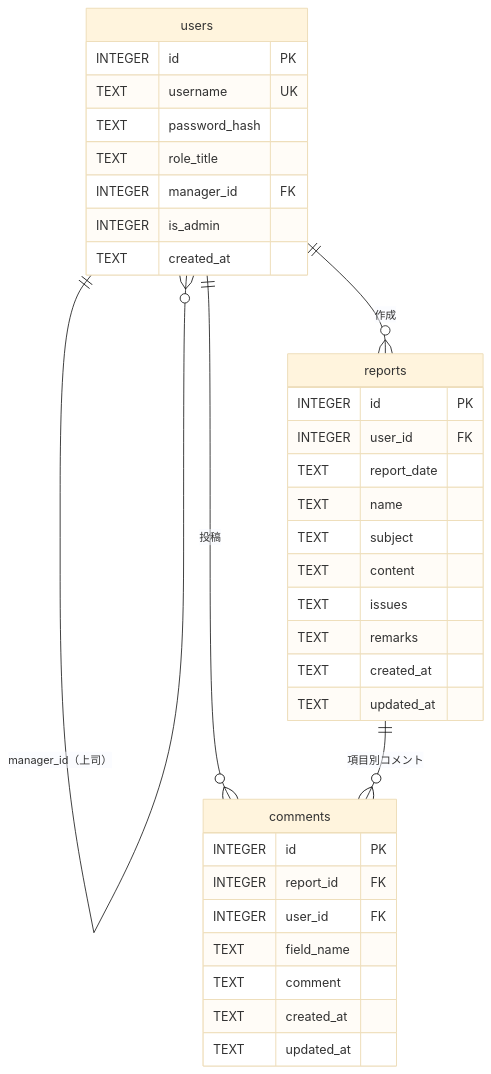
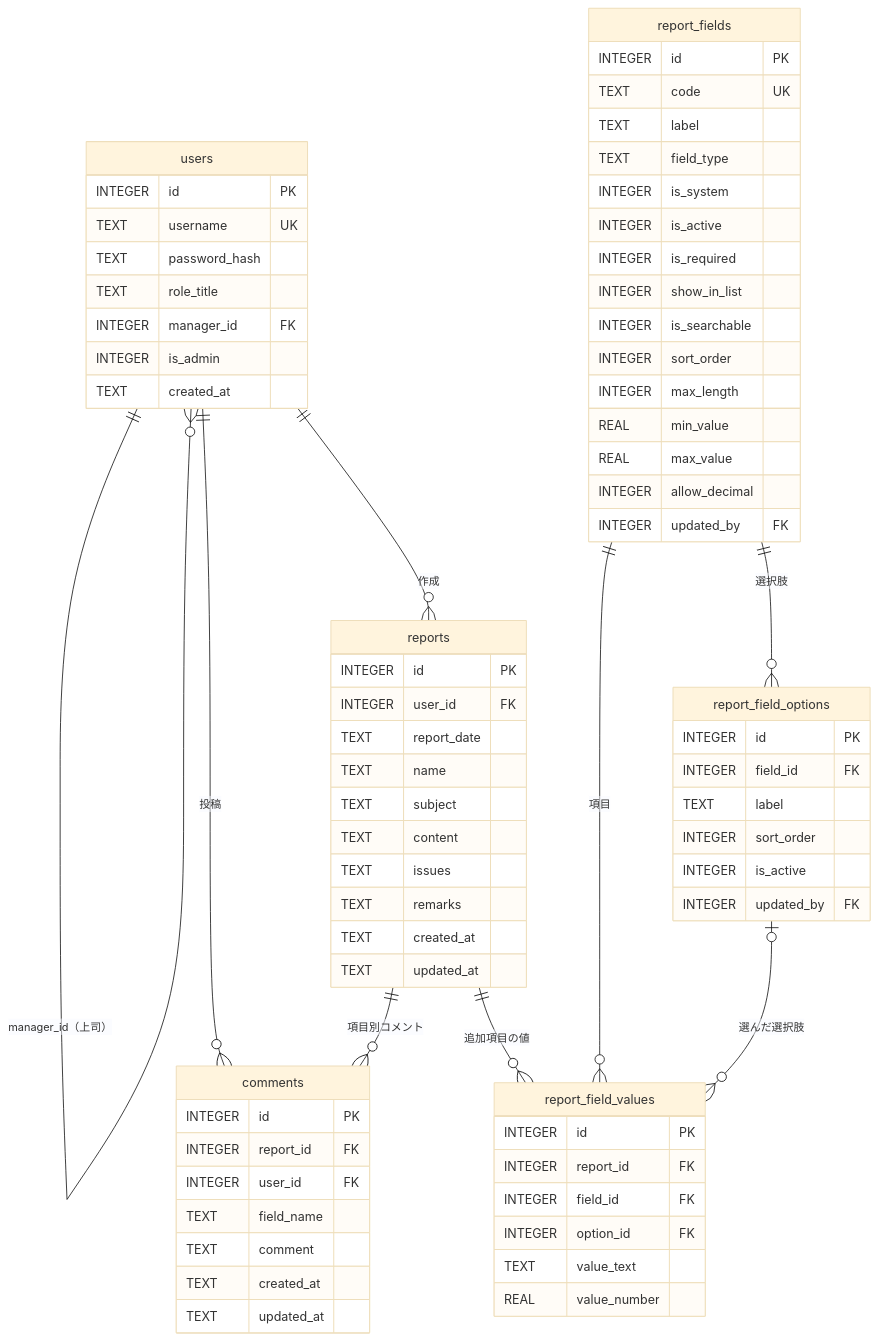
Before and after one commit to kazuaki-ishihara/report-system: the third of 4 diagrams in docs/basic_design.md, drawn with Mermaid (base theme). The commit also changed other lines of this file and 4 other files, not shown here.

````diff
--- a/docs/basic_design.md
+++ b/docs/basic_design.md
@@ -188,38 +227,75 @@
 ```mermaid
 erDiagram
     users ||--o{ users : "manager_id（上司）"
     users ||--o{ reports : "作成"
     users ||--o{ comments : "投稿"
     reports ||--o{ comments : "項目別コメント"
+    report_fields ||--o{ report_field_options : "選択肢"
+    reports ||--o{ report_field_values : "追加項目の値"
+    report_fields ||--o{ report_field_values : "項目"
+    report_field_options |o--o{ report_field_values : "選んだ選択肢"
 
     users {
         INTEGER id PK
         TEXT username UK
         TEXT password_hash
         TEXT role_title
         INTEGER manager_id FK
         INTEGER is_admin
         TEXT created_at
     }
     reports {
         INTEGER id PK
         INTEGER user_id FK
         TEXT report_date
         TEXT name
         TEXT subject
         TEXT content
         TEXT issues
         TEXT remarks
         TEXT created_at
         TEXT updated_at
     }
     comments {
         INTEGER id PK
         INTEGER report_id FK
         INTEGER user_id FK
         TEXT field_name
         TEXT comment
         TEXT created_at
         TEXT updated_at
     }
+    report_fields {
+        INTEGER id PK
+        TEXT code UK
+        TEXT label
+        TEXT field_type
+        INTEGER is_system
+        INTEGER is_active
+        INTEGER is_required
+        INTEGER show_in_list
+        INTEGER is_searchable
+        INTEGER sort_order
+        INTEGER max_length
+        REAL min_value
+        REAL max_value
+        INTEGER allow_decimal
+        INTEGER updated_by FK
+    }
+    report_field_options {
+        INTEGER id PK
+        INTEGER field_id FK
+        TEXT label
+        INTEGER sort_order
+        INTEGER is_active
+        INTEGER updated_by FK
+    }
+    report_field_values {
+        INTEGER id PK
+        INTEGER report_id FK
+        INTEGER field_id FK
+        INTEGER option_id FK
+        TEXT value_text
+        REAL value_number
+    }
 ```
````
